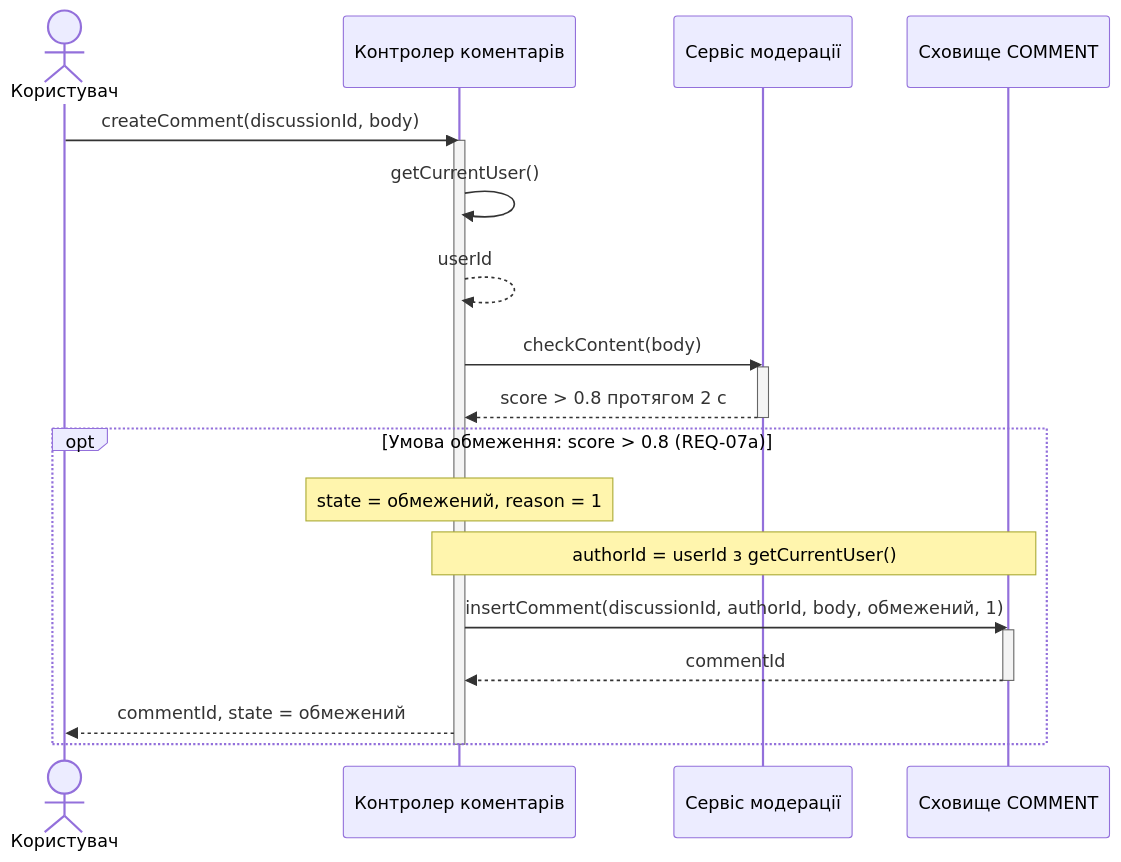
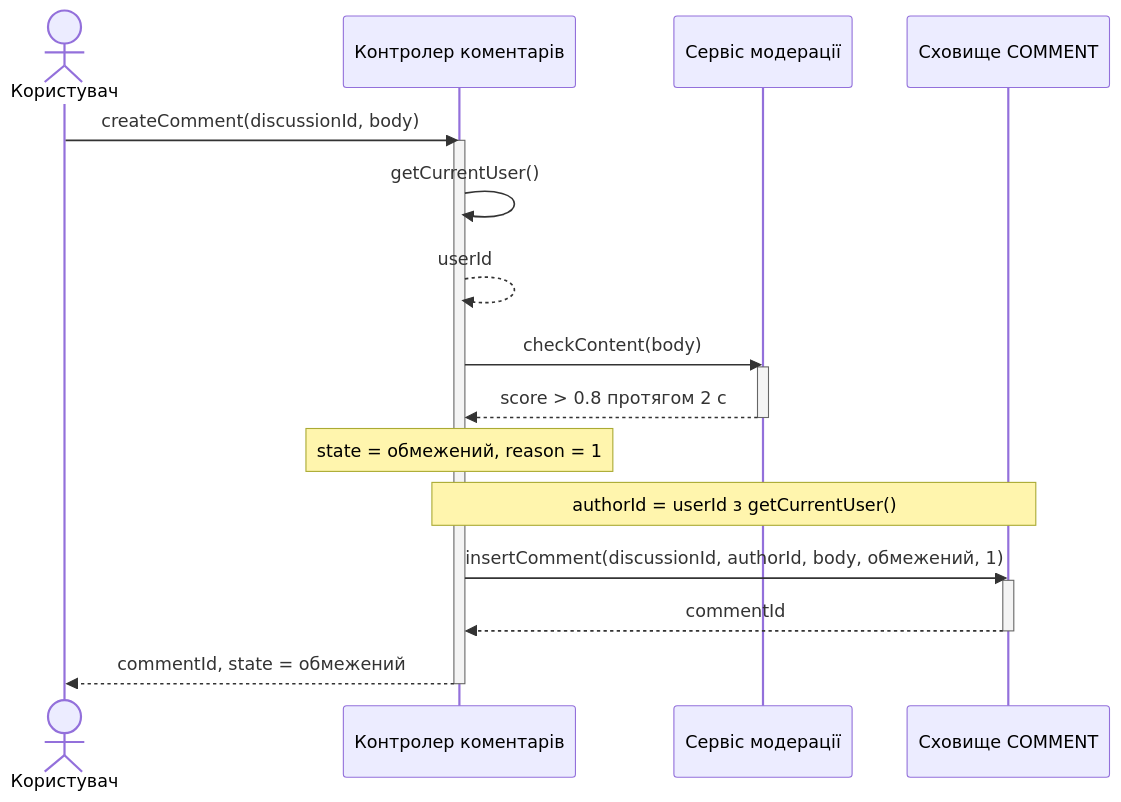
The third of 4 diagrams in lab3/sequence.md (tevarindol/forum), drawn with Mermaid before and after one commit. The commit also changed other lines of this file, not shown here.

First line of the commit message:
docs(lab3): remove score opts and move timeout handling into alt

````diff
--- a/lab3/sequence.md
+++ b/lab3/sequence.md
@@ -53,26 +51,24 @@
 ```mermaid
 sequenceDiagram
     actor U as Користувач
     participant C as Контролер коментарів
     participant MS as Сервіс модерації
     participant DB as Сховище COMMENT
 
     U->>C: createComment(discussionId, body)
     activate C
     C->>C: getCurrentUser()
     C-->>C: userId
     C->>MS: checkContent(body)
     activate MS
     MS-->>C: score > 0.8 протягом 2 с
     deactivate MS
-    opt Умова обмеження: score > 0.8 (REQ-07a)
-        Note over C: state = обмежений, reason = 1
-        Note over C,DB: authorId = userId з getCurrentUser()
-        C->>DB: insertComment(discussionId, authorId, body, обмежений, 1)
-        activate DB
-        DB-->>C: commentId
-        deactivate DB
-        C-->>U: commentId, state = обмежений
-    end
+    Note over C: state = обмежений, reason = 1
+    Note over C,DB: authorId = userId з getCurrentUser()
+    C->>DB: insertComment(discussionId, authorId, body, обмежений, 1)
+    activate DB
+    DB-->>C: commentId
+    deactivate DB
+    C-->>U: commentId, state = обмежений
     deactivate C
 ```
````
